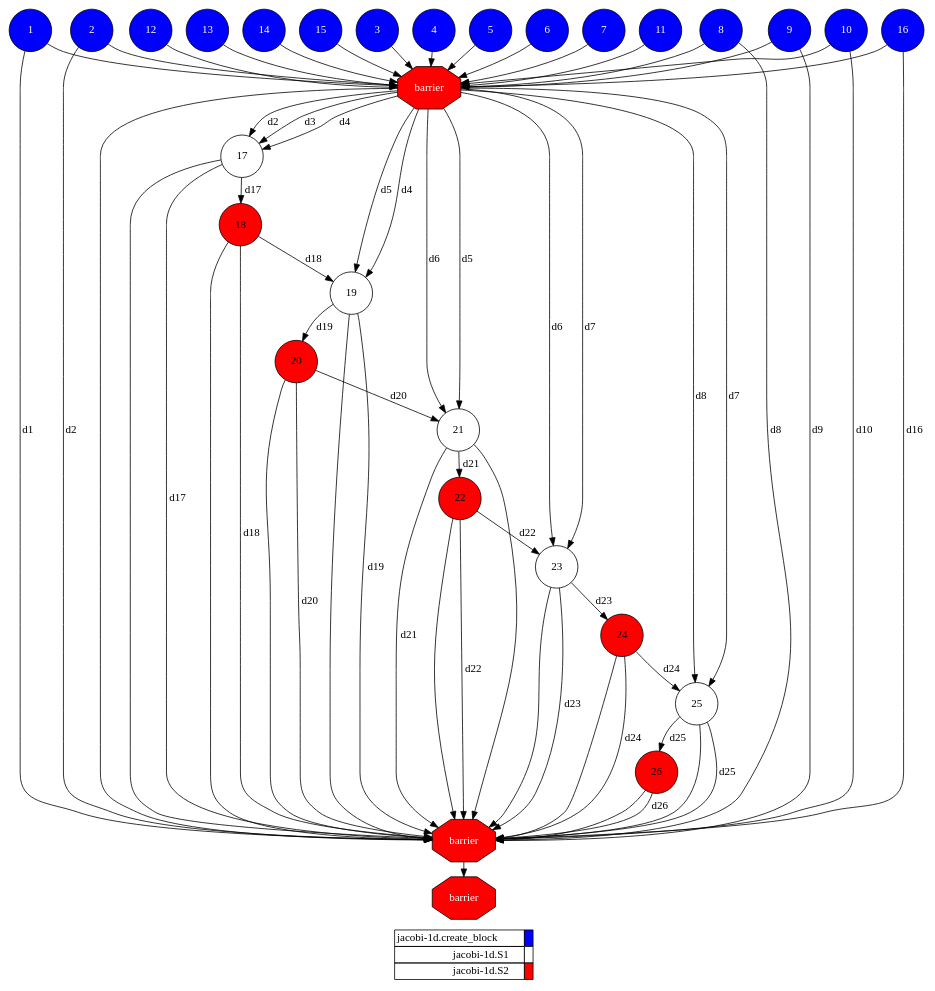
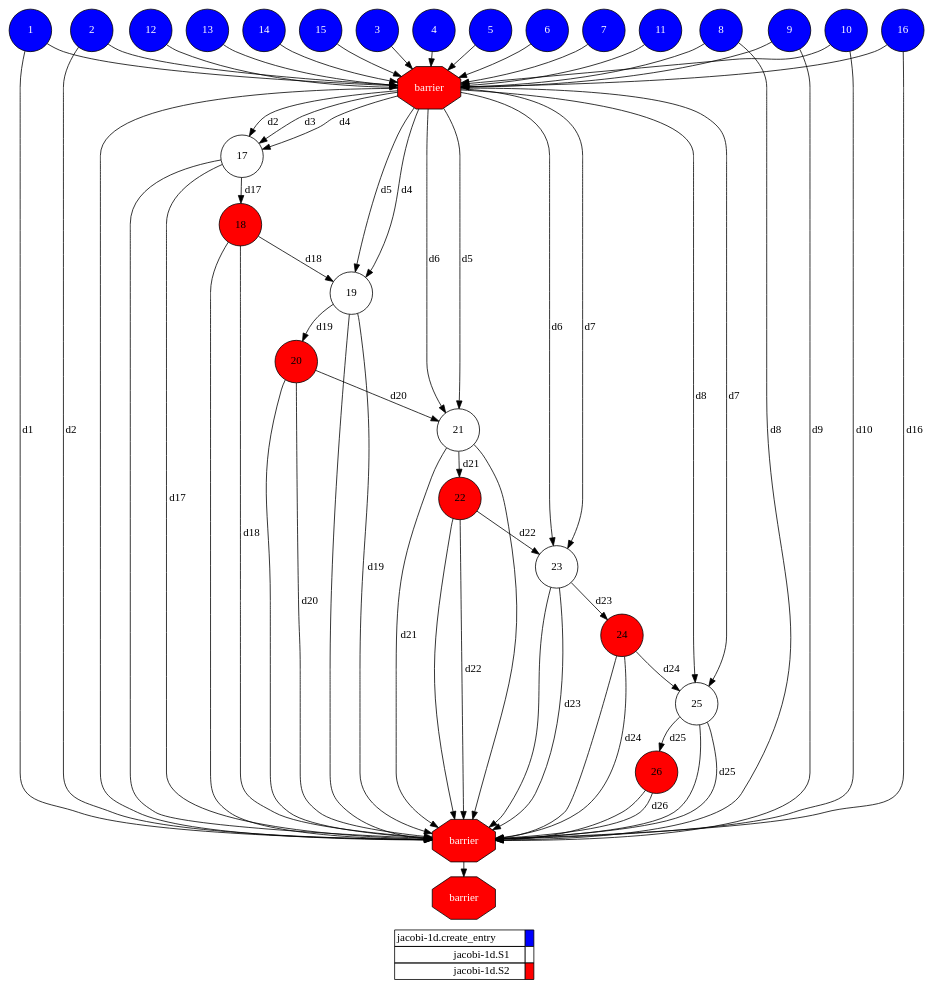
The diagram in examples/jacobi-1d/autoparallel/results/local/complete_graph.dot (cristianrcv/pycompss-autoparallel), drawn with Graphviz before and after one commit. The commit also changed 150 other files, not shown here.

Commit message:
Update traces and graphs

```diff
--- a/examples/jacobi-1d/autoparallel/results/local/complete_graph.dot
+++ b/examples/jacobi-1d/autoparallel/results/local/complete_graph.dot
@@ -1,123 +1,123 @@
 digraph {
   rankdir=TB;
   labeljust="l";
   subgraph dependence_graph {
     ranksep=0.20;
     node[height=0.75];
 
 1[shape=circle, style=filled fillcolor="#0000ff" fontcolor="#ffffff"];
 2[shape=circle, style=filled fillcolor="#0000ff" fontcolor="#ffffff"];
 3[shape=circle, style=filled fillcolor="#0000ff" fontcolor="#ffffff"];
 4[shape=circle, style=filled fillcolor="#0000ff" fontcolor="#ffffff"];
 5[shape=circle, style=filled fillcolor="#0000ff" fontcolor="#ffffff"];
 6[shape=circle, style=filled fillcolor="#0000ff" fontcolor="#ffffff"];
 7[shape=circle, style=filled fillcolor="#0000ff" fontcolor="#ffffff"];
 8[shape=circle, style=filled fillcolor="#0000ff" fontcolor="#ffffff"];
 9[shape=circle, style=filled fillcolor="#0000ff" fontcolor="#ffffff"];
 10[shape=circle, style=filled fillcolor="#0000ff" fontcolor="#ffffff"];
 11[shape=circle, style=filled fillcolor="#0000ff" fontcolor="#ffffff"];
 12[shape=circle, style=filled fillcolor="#0000ff" fontcolor="#ffffff"];
 13[shape=circle, style=filled fillcolor="#0000ff" fontcolor="#ffffff"];
 14[shape=circle, style=filled fillcolor="#0000ff" fontcolor="#ffffff"];
 15[shape=circle, style=filled fillcolor="#0000ff" fontcolor="#ffffff"];
 16[shape=circle, style=filled fillcolor="#0000ff" fontcolor="#ffffff"];
 Synchro1[label="barrier", shape=octagon, style=filled fillcolor="#ff0000" fontcolor="#FFFFFF"];
+13 -> Synchro1;
+10 -> Synchro1;
+9 -> Synchro1;
+4 -> Synchro1;
+2 -> Synchro1;
+16 -> Synchro1;
+1 -> Synchro1;
+7 -> Synchro1;
+3 -> Synchro1;
 11 -> Synchro1;
 6 -> Synchro1;
-1 -> Synchro1;
+8 -> Synchro1;
+15 -> Synchro1;
+5 -> Synchro1;
+12 -> Synchro1;
 14 -> Synchro1;
-12 -> Synchro1;
-5 -> Synchro1;
-16 -> Synchro1;
-3 -> Synchro1;
-4 -> Synchro1;
-9 -> Synchro1;
-10 -> Synchro1;
-7 -> Synchro1;
-8 -> Synchro1;
-13 -> Synchro1;
-2 -> Synchro1;
-15 -> Synchro1;
 17[shape=circle, style=filled fillcolor="#ffffff" fontcolor="#000000"];
 Synchro1 -> 17[ label="d2" ];
 Synchro1 -> 17[ label="d3" ];
 Synchro1 -> 17[ label="d4" ];
 18[shape=circle, style=filled fillcolor="#ff0000" fontcolor="#000000"];
 17 -> 18[ label="d17" ];
 19[shape=circle, style=filled fillcolor="#ffffff" fontcolor="#000000"];
 18 -> 19[ label="d18" ];
 Synchro1 -> 19[ label="d4" ];
 Synchro1 -> 19[ label="d5" ];
 20[shape=circle, style=filled fillcolor="#ff0000" fontcolor="#000000"];
 19 -> 20[ label="d19" ];
 21[shape=circle, style=filled fillcolor="#ffffff" fontcolor="#000000"];
 20 -> 21[ label="d20" ];
 Synchro1 -> 21[ label="d5" ];
 Synchro1 -> 21[ label="d6" ];
 22[shape=circle, style=filled fillcolor="#ff0000" fontcolor="#000000"];
 21 -> 22[ label="d21" ];
 23[shape=circle, style=filled fillcolor="#ffffff" fontcolor="#000000"];
 22 -> 23[ label="d22" ];
 Synchro1 -> 23[ label="d6" ];
 Synchro1 -> 23[ label="d7" ];
 24[shape=circle, style=filled fillcolor="#ff0000" fontcolor="#000000"];
 23 -> 24[ label="d23" ];
 25[shape=circle, style=filled fillcolor="#ffffff" fontcolor="#000000"];
 24 -> 25[ label="d24" ];
 Synchro1 -> 25[ label="d7" ];
 Synchro1 -> 25[ label="d8" ];
 26[shape=circle, style=filled fillcolor="#ff0000" fontcolor="#000000"];
 25 -> 26[ label="d25" ];
 Synchro2[label="barrier", shape=octagon, style=filled fillcolor="#ff0000" fontcolor="#FFFFFF"];
 Synchro1 -> Synchro2;
+18 -> Synchro2;
+22 -> Synchro2;
+25 -> Synchro2;
+17 -> Synchro2;
+24 -> Synchro2;
+26 -> Synchro2;
 21 -> Synchro2;
+19 -> Synchro2;
+20 -> Synchro2;
 23 -> Synchro2;
-19 -> Synchro2;
-22 -> Synchro2;
-26 -> Synchro2;
-25 -> Synchro2;
-24 -> Synchro2;
-17 -> Synchro2;
-18 -> Synchro2;
-20 -> Synchro2;
 1 -> Synchro2[ label="d1" ];
 2 -> Synchro2[ label="d2" ];
 18 -> Synchro2[ label="d18" ];
 20 -> Synchro2[ label="d20" ];
 22 -> Synchro2[ label="d22" ];
 24 -> Synchro2[ label="d24" ];
 26 -> Synchro2[ label="d26" ];
 8 -> Synchro2[ label="d8" ];
 9 -> Synchro2[ label="d9" ];
 10 -> Synchro2[ label="d10" ];
 17 -> Synchro2[ label="d17" ];
 19 -> Synchro2[ label="d19" ];
 21 -> Synchro2[ label="d21" ];
 23 -> Synchro2[ label="d23" ];
 25 -> Synchro2[ label="d25" ];
 16 -> Synchro2[ label="d16" ];
 Synchro3[label="barrier", shape=octagon, style=filled fillcolor="#ff0000" fontcolor="#FFFFFF"];
 Synchro2 -> Synchro3;  }
   subgraph legend {
     rank=sink;
     node [shape=plaintext, height=0.75];
     ranksep=0.20;
     label = "Legend";
     key [label=<
       <table border="0" cellpadding="2" cellspacing="0" cellborder="1">
 <tr>
-<td align="right">jacobi-1d.create_block</td>
+<td align="right">jacobi-1d.create_entry</td>
 <td bgcolor="#0000ff">&nbsp;</td>
 </tr>
 <tr>
 <td align="right">jacobi-1d.S1</td>
 <td bgcolor="#ffffff">&nbsp;</td>
 </tr>
 <tr>
 <td align="right">jacobi-1d.S2</td>
 <td bgcolor="#ff0000">&nbsp;</td>
 </tr>
       </table>
     >]
   }
 }
```
